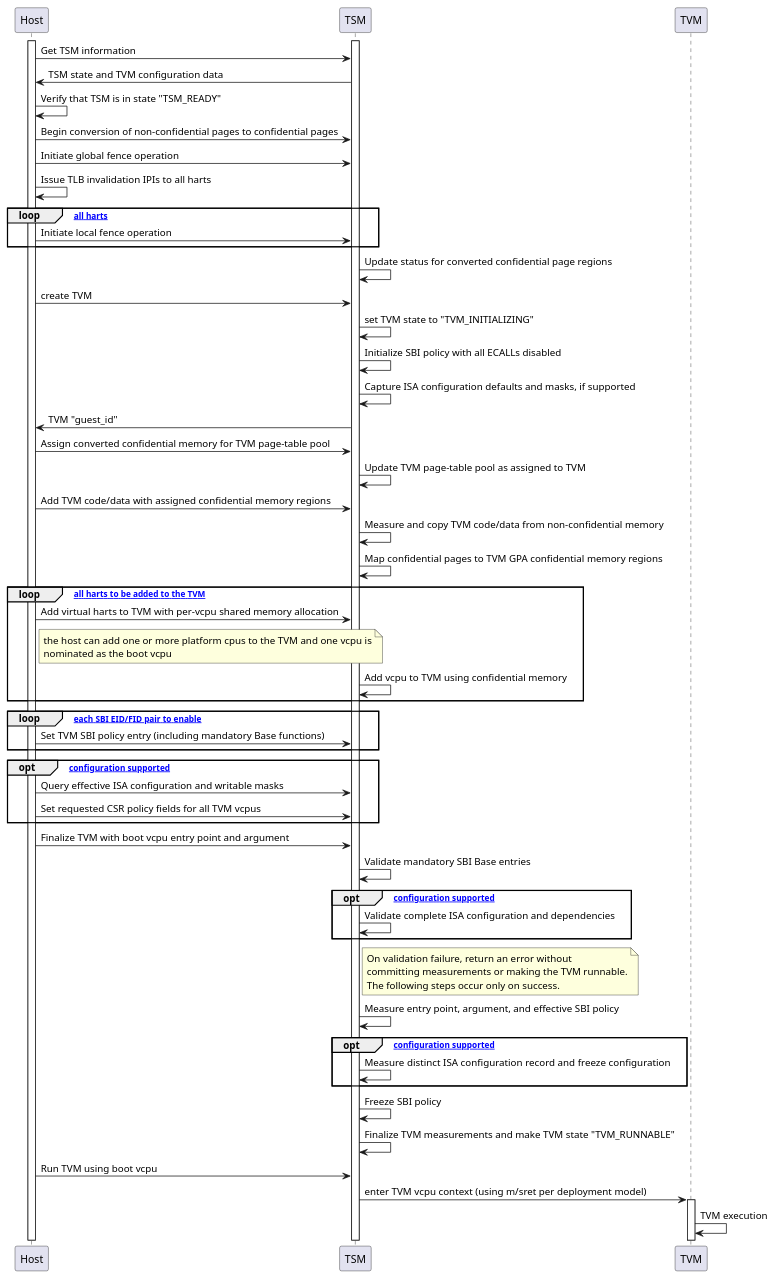
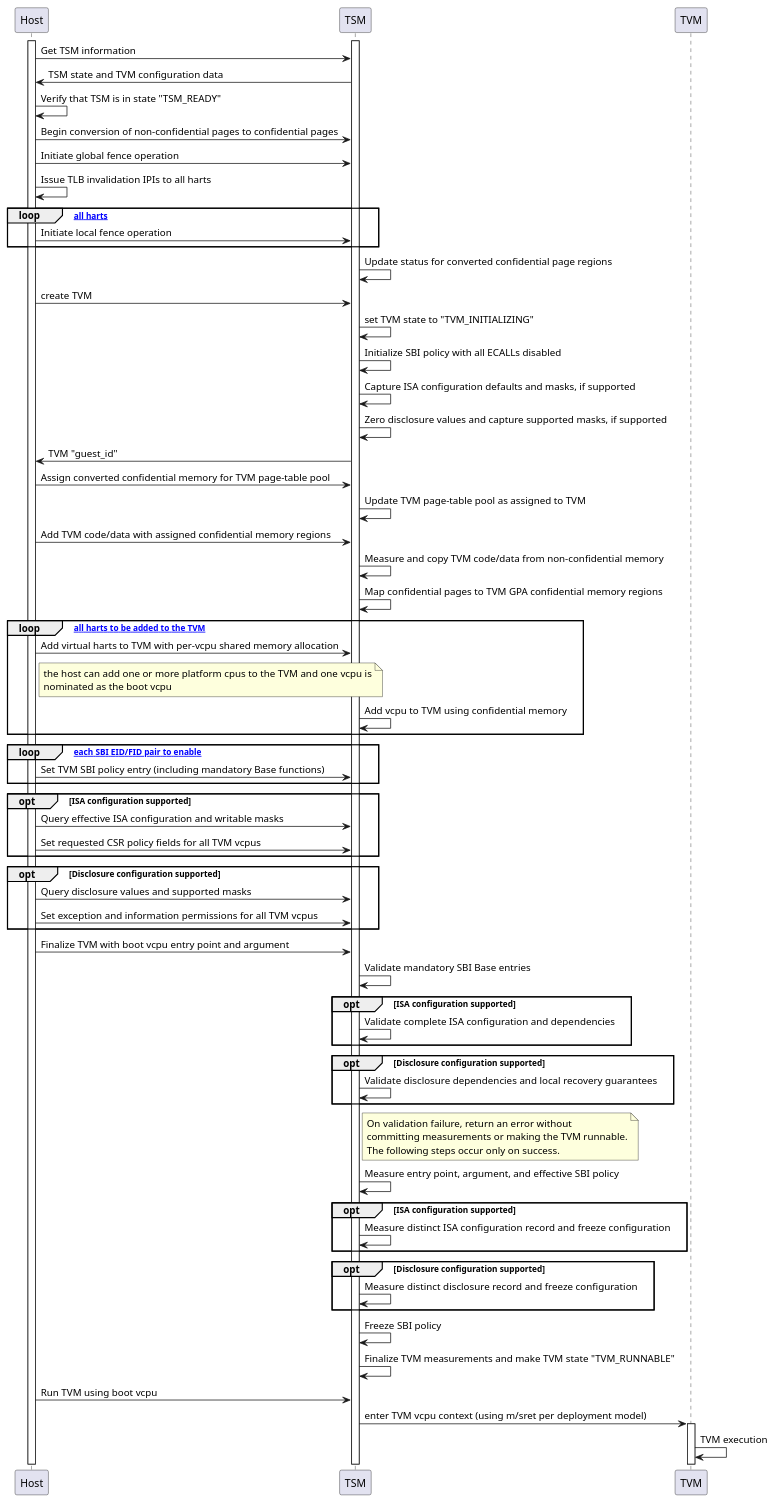
One commit to riscv-non-isa/riscv-ap-tee changed the first of 3 diagrams in src/sbi_cove.adoc. Above: the diagram before and after it, drawn with PlantUML. The commit also changed other lines of this file and 2 other files, not shown here.

```diff
--- a/src/sbi_cove.adoc
+++ b/src/sbi_cove.adoc
@@ -669,6 +833,7 @@
 TSM -> TSM: set TVM state to "TVM_INITIALIZING"
 TSM -> TSM: Initialize SBI policy with all ECALLs disabled
 TSM -> TSM: Capture ISA configuration defaults and masks, if supported
+TSM -> TSM: Zero disclosure values and capture supported masks, if supported
 TSM -> Host: TVM "guest_id"
 
 Host -> TSM: Assign converted confidential memory for TVM page-table pool
@@ -691,15 +856,23 @@
 Host -> TSM: Set TVM SBI policy entry (including mandatory Base functions)
 end
 
-opt [ISA configuration supported]
+opt ISA configuration supported
 Host -> TSM: Query effective ISA configuration and writable masks
 Host -> TSM: Set requested CSR policy fields for all TVM vcpus
 end
 
+opt Disclosure configuration supported
+Host -> TSM: Query disclosure values and supported masks
+Host -> TSM: Set exception and information permissions for all TVM vcpus
+end
+
 Host -> TSM: Finalize TVM with boot vcpu entry point and argument
 TSM -> TSM: Validate mandatory SBI Base entries
-opt [ISA configuration supported]
+opt ISA configuration supported
 TSM -> TSM: Validate complete ISA configuration and dependencies
+end
+opt Disclosure configuration supported
+TSM -> TSM: Validate disclosure dependencies and local recovery guarantees
 end
 note right of TSM
   On validation failure, return an error without
@@ -707,8 +880,11 @@
   The following steps occur only on success.
 end note
 TSM -> TSM: Measure entry point, argument, and effective SBI policy
-opt [ISA configuration supported]
+opt ISA configuration supported
 TSM -> TSM: Measure distinct ISA configuration record and freeze configuration
+end
+opt Disclosure configuration supported
+TSM -> TSM: Measure distinct disclosure record and freeze configuration
 end
 TSM -> TSM: Freeze SBI policy
 TSM -> TSM: Finalize TVM measurements and make TVM state "TVM_RUNNABLE"
```
